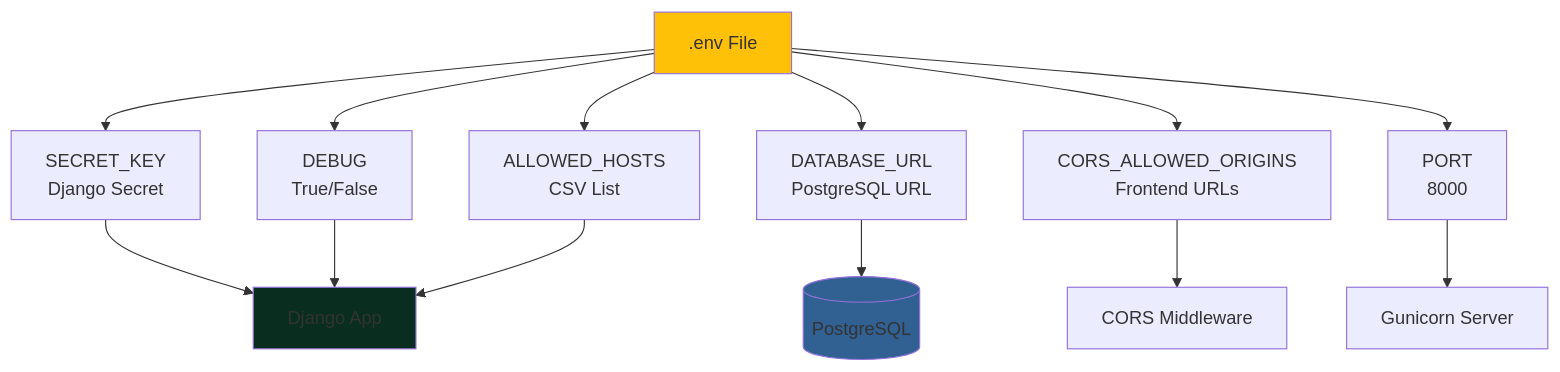
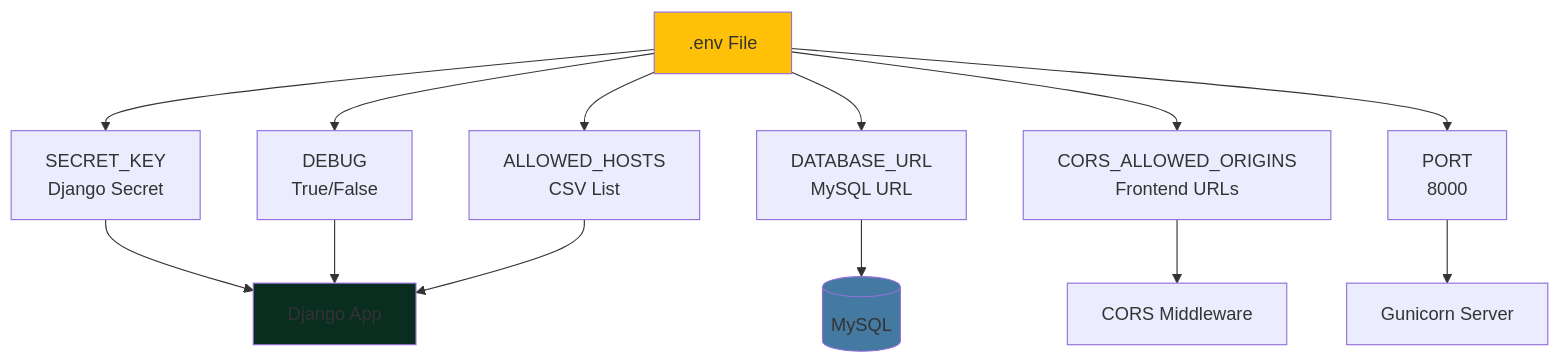
One commit to MiguelSP040/codemio_back changed diagram 14 of 16 in PROJECT_MAP.md. Above: the diagram before and after it, drawn with Mermaid. The commit also changed other lines of this file and 8 other files, not shown here.

Commit message:
refactor(database): migrate from PostgreSQL to MySQL, update configurations and documentation

````diff
--- a/PROJECT_MAP.md
+++ b/PROJECT_MAP.md
@@ -518,22 +518,22 @@
 ```mermaid
 graph TD
     ENV[.env File]
     
     ENV --> SECRET[SECRET_KEY<br/>Django Secret]
     ENV --> DEBUG[DEBUG<br/>True/False]
     ENV --> HOSTS[ALLOWED_HOSTS<br/>CSV List]
-    ENV --> DBURL[DATABASE_URL<br/>PostgreSQL URL]
+    ENV --> DBURL[DATABASE_URL<br/>MySQL URL]
     ENV --> CORS[CORS_ALLOWED_ORIGINS<br/>Frontend URLs]
     ENV --> PORT[PORT<br/>8000]
     
     SECRET --> DJANGO[Django App]
     DEBUG --> DJANGO
     HOSTS --> DJANGO
-    DBURL --> POSTGRES[(PostgreSQL)]
+    DBURL --> MYSQL_DB[(MySQL)]
     CORS --> MIDDLEWARE[CORS Middleware]
     PORT --> GUNICORN[Gunicorn Server]
     
     style ENV fill:#FFC107
     style DJANGO fill:#092E20
-    style POSTGRES fill:#316192
+    style MYSQL_DB fill:#4479A1
 ```
````
